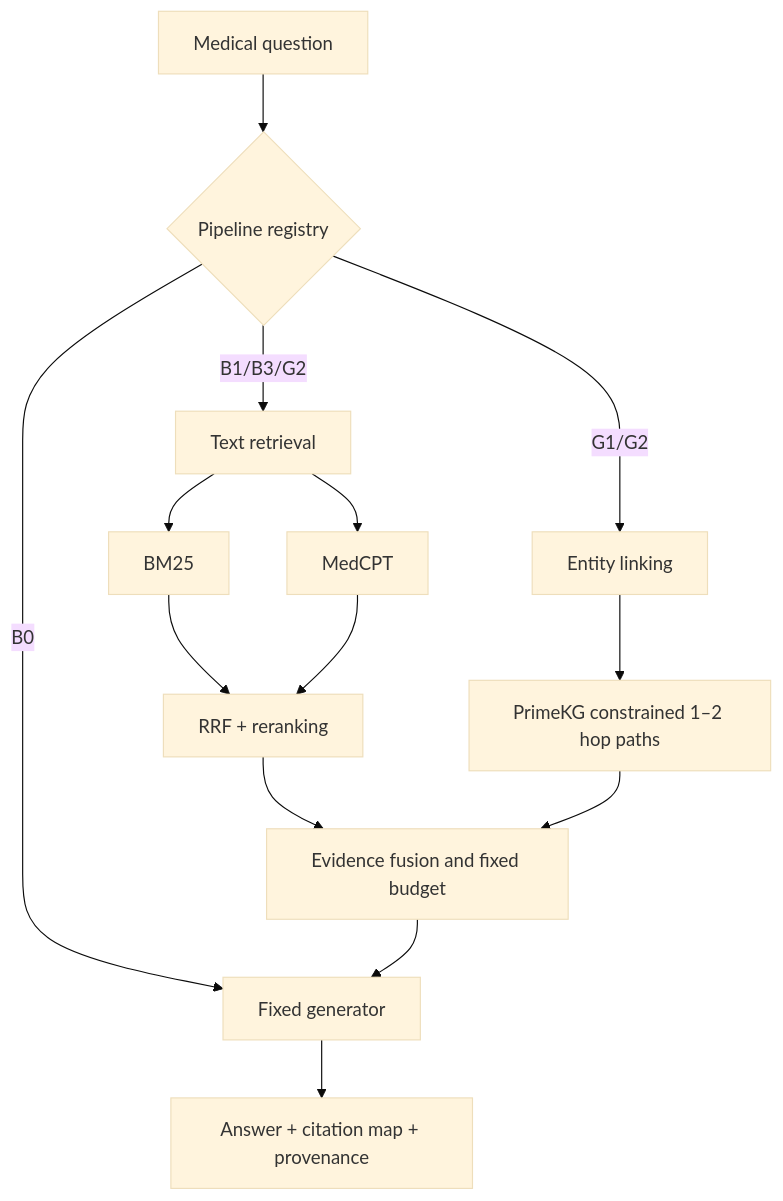
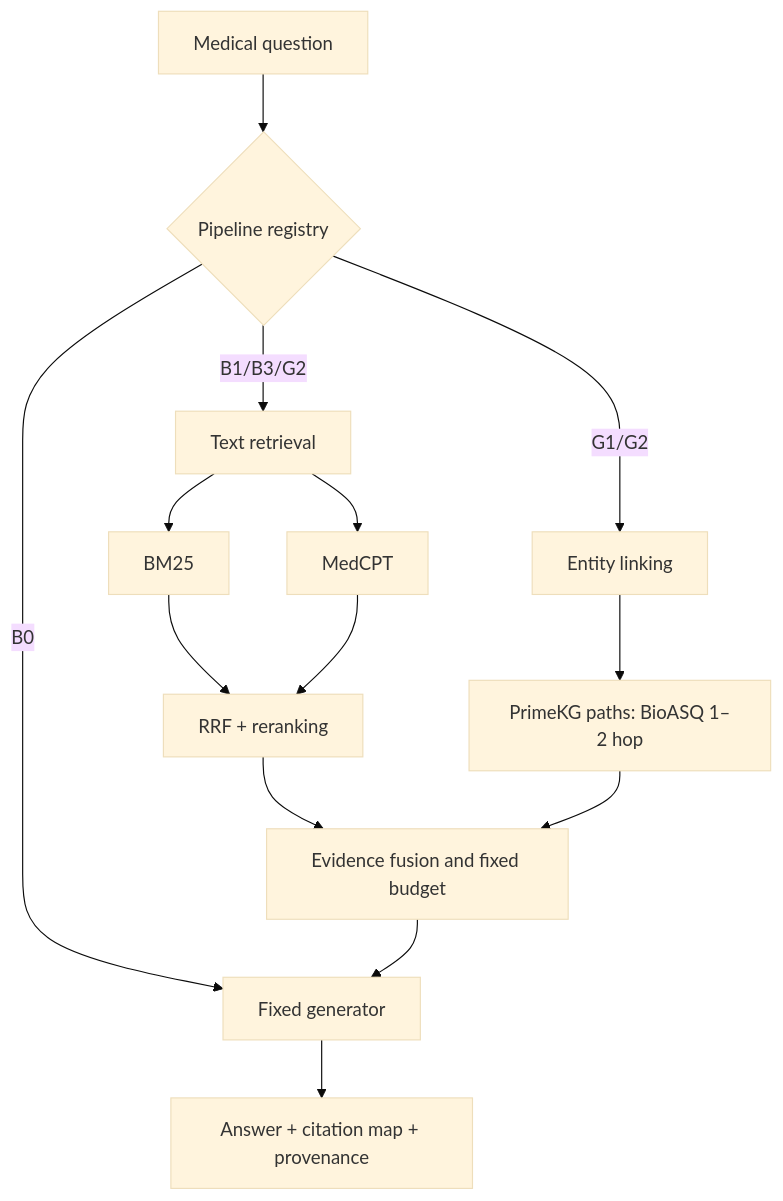
The first of 3 diagrams in docs/diagrams/architecture.md (hungle123-dev/MedicalRag), drawn with Mermaid (base theme) before and after one commit. The commit also changed other lines of this file and 105 other files, not shown here.

Commit message:
feat: build real-data medical text and graph RAG

````diff
--- a/docs/diagrams/architecture.md
+++ b/docs/diagrams/architecture.md
@@ -5,16 +5,16 @@
 ```mermaid
 flowchart TD
   Q[Medical question] --> R{Pipeline registry}
   R -->|B1/B3/G2| T[Text retrieval]
   R -->|G1/G2| L[Entity linking]
   T --> BM[BM25]
   T --> MC[MedCPT]
   BM --> F[RRF + reranking]
   MC --> F
-  L --> P[PrimeKG constrained 1–2 hop paths]
+  L --> P[PrimeKG paths: BioASQ 1–2 hop]
   F --> E[Evidence fusion and fixed budget]
   P --> E
   R -->|B0| G[Fixed generator]
   E --> G
   G --> A[Answer + citation map + provenance]
 ```
````
